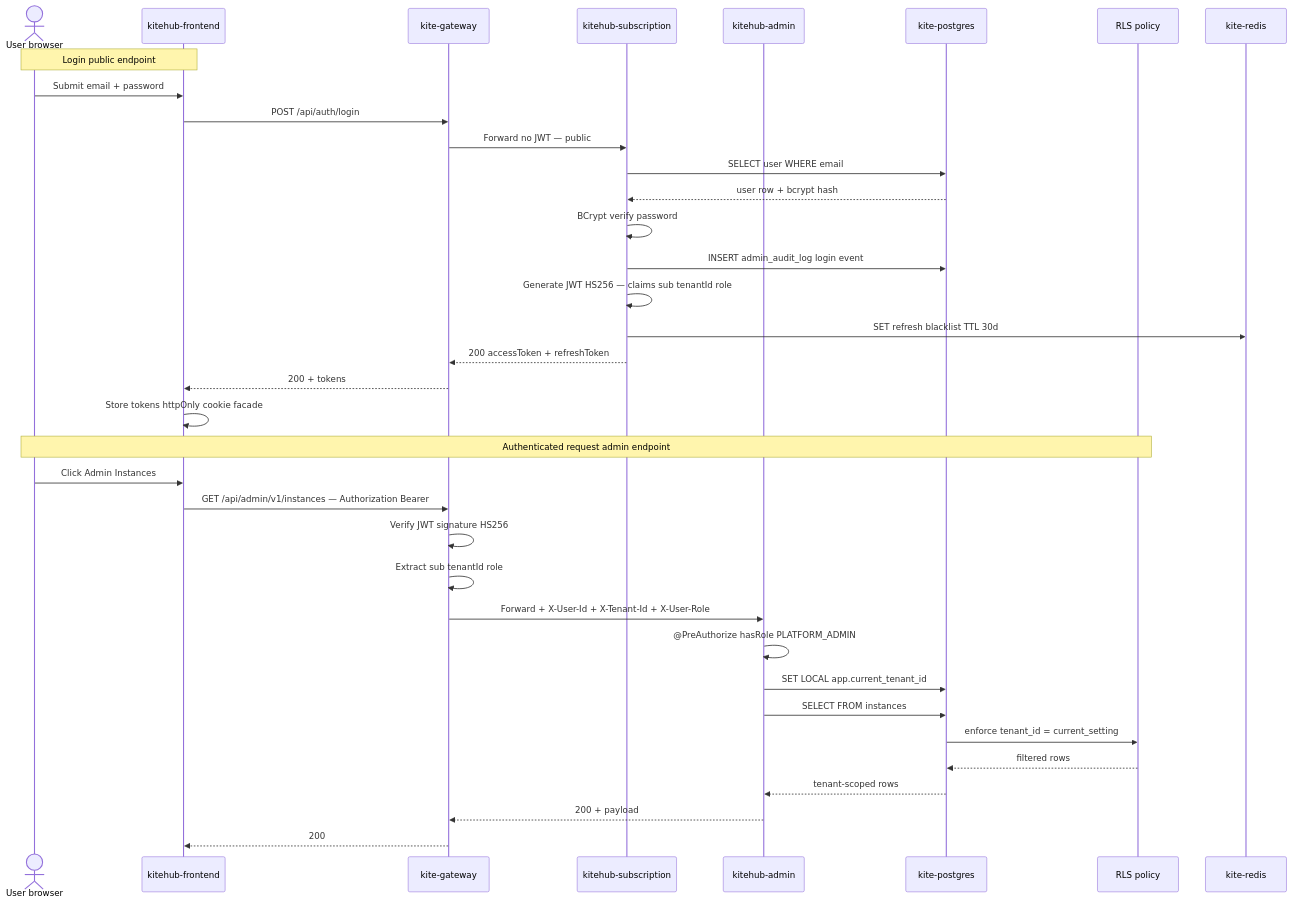
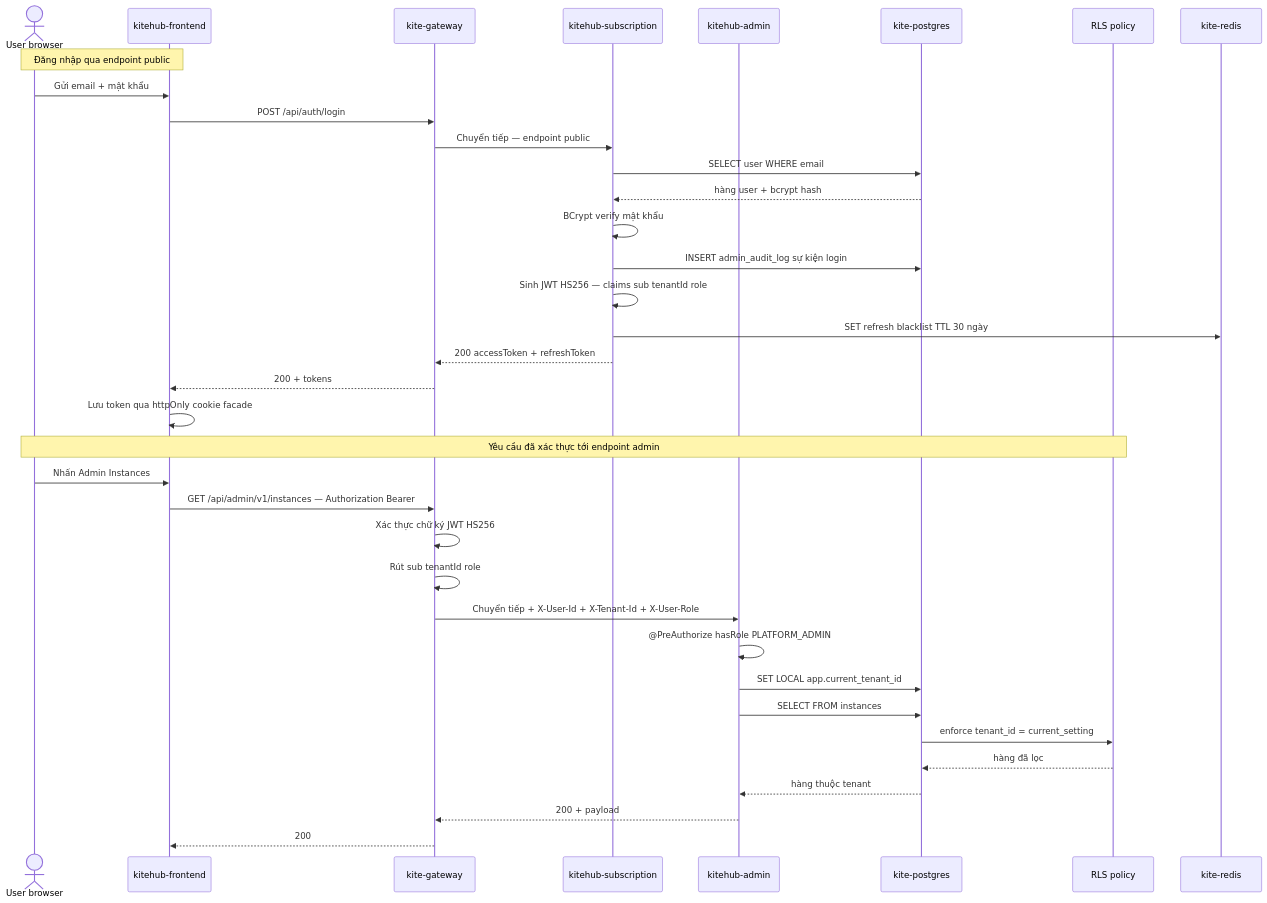
The fourth of 5 diagrams in documents/08-thesis/chapter-2-system-architecture.md (VictorAurelius/2026-Kite-Class-Platform), drawn with Mermaid before and after one commit. The commit also changed other lines of this file and 13 other files, not shown here.

````diff
--- a/documents/08-thesis/chapter-2-system-architecture.md
+++ b/documents/08-thesis/chapter-2-system-architecture.md
@@ -423,40 +403,40 @@
 ```mermaid
 sequenceDiagram
     actor User as User browser
     participant FE as kitehub-frontend
     participant GW as kite-gateway
     participant Sub as kitehub-subscription
     participant Admin as kitehub-admin
     participant PG as kite-postgres
     participant RLS as RLS policy
     participant Redis as kite-redis
 
-    Note over User,FE: Login public endpoint
-    User->>FE: Submit email + password
+    Note over User,FE: Đăng nhập qua endpoint public
+    User->>FE: Gửi email + mật khẩu
     FE->>GW: POST /api/auth/login
-    GW->>Sub: Forward no JWT — public
+    GW->>Sub: Chuyển tiếp — endpoint public
     Sub->>PG: SELECT user WHERE email
-    PG-->>Sub: user row + bcrypt hash
-    Sub->>Sub: BCrypt verify password
-    Sub->>PG: INSERT admin_audit_log login event
-    Sub->>Sub: Generate JWT HS256 — claims sub tenantId role
-    Sub->>Redis: SET refresh blacklist TTL 30d
+    PG-->>Sub: hàng user + bcrypt hash
+    Sub->>Sub: BCrypt verify mật khẩu
+    Sub->>PG: INSERT admin_audit_log sự kiện login
+    Sub->>Sub: Sinh JWT HS256 — claims sub tenantId role
+    Sub->>Redis: SET refresh blacklist TTL 30 ngày
     Sub-->>GW: 200 accessToken + refreshToken
     GW-->>FE: 200 + tokens
-    FE->>FE: Store tokens httpOnly cookie facade
+    FE->>FE: Lưu token qua httpOnly cookie facade
 
-    Note over User,RLS: Authenticated request admin endpoint
-    User->>FE: Click Admin Instances
+    Note over User,RLS: Yêu cầu đã xác thực tới endpoint admin
+    User->>FE: Nhấn Admin Instances
     FE->>GW: GET /api/admin/v1/instances — Authorization Bearer
-    GW->>GW: Verify JWT signature HS256
-    GW->>GW: Extract sub tenantId role
-    GW->>Admin: Forward + X-User-Id + X-Tenant-Id + X-User-Role
+    GW->>GW: Xác thực chữ ký JWT HS256
+    GW->>GW: Rút sub tenantId role
+    GW->>Admin: Chuyển tiếp + X-User-Id + X-Tenant-Id + X-User-Role
     Admin->>Admin: @PreAuthorize hasRole PLATFORM_ADMIN
     Admin->>PG: SET LOCAL app.current_tenant_id
     Admin->>PG: SELECT FROM instances
     PG->>RLS: enforce tenant_id = current_setting
-    RLS-->>PG: filtered rows
-    PG-->>Admin: tenant-scoped rows
+    RLS-->>PG: hàng đã lọc
+    PG-->>Admin: hàng thuộc tenant
     Admin-->>GW: 200 + payload
     GW-->>FE: 200
 ```
````
